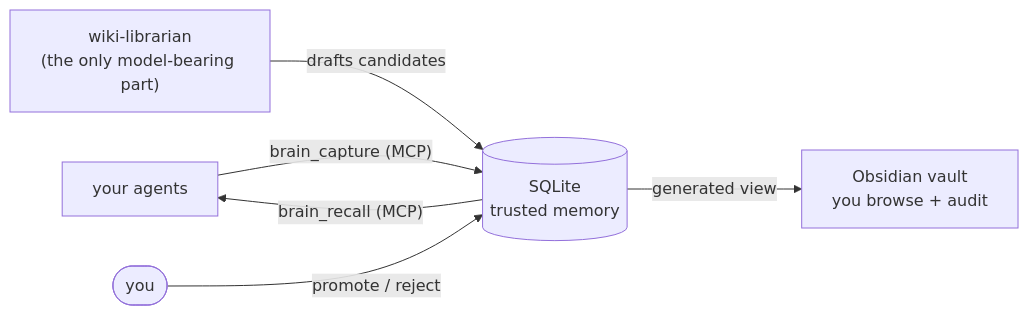
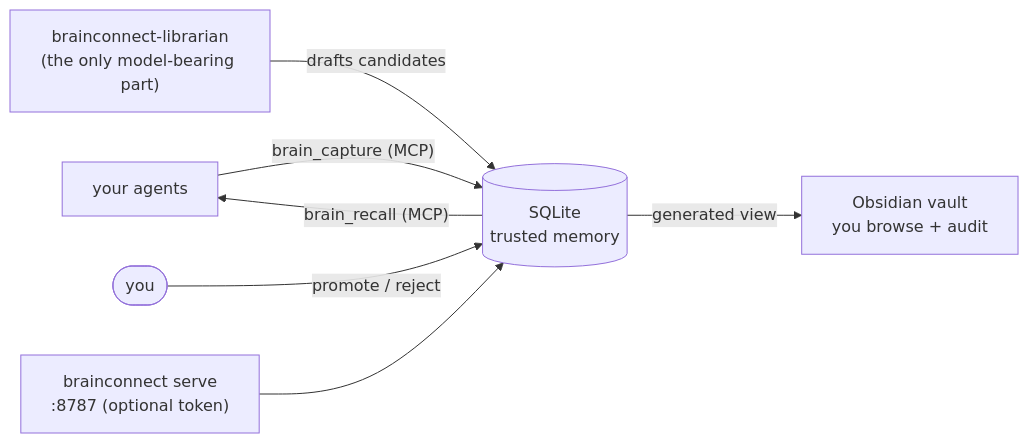
Before and after one commit to Judgernaut777/Connect: the second of 8 diagrams in ARCHITECTURE.md, drawn with Mermaid. The commit also changed other lines of this file and 7 other files, not shown here.

````diff
--- a/ARCHITECTURE.md
+++ b/ARCHITECTURE.md
@@ -82,8 +76,9 @@
 ```mermaid
 flowchart LR
     agents["your agents"] -->|"brain_capture (MCP)"| db[("SQLite<br/>trusted memory")]
     db -->|"brain_recall (MCP)"| agents
-    lib["wiki-librarian<br/>(the only model-bearing part)"] -->|"drafts candidates"| db
+    lib["brainconnect-librarian<br/>(the only model-bearing part)"] -->|"drafts candidates"| db
     db -->|"generated view"| vault["Obsidian vault<br/>you browse + audit"]
     you(["you"]) -->|"promote / reject"| db
+    http["brainconnect serve<br/>:8787 (optional token)"] --> db
 ```
````
